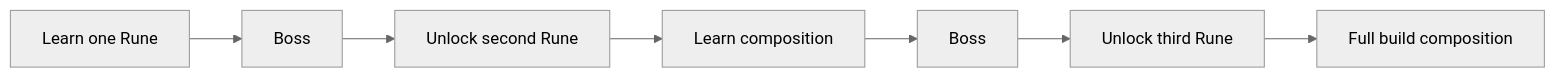
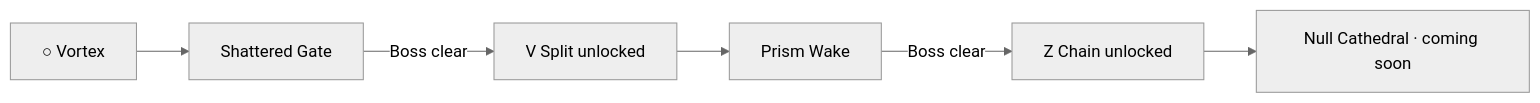
One commit to zeroLR/2D-game-playground changed the third of 4 diagrams in docs/plans/rune-ball/P9-AUTHORED-STAGE-ENCOUNTER.md. Above: the diagram before and after it, drawn with Mermaid (neutral theme). The commit also changed other lines of this file, not shown here.

Commit message:
docs(rune-ball): advance P9 roadmap to P9.4

````diff
--- a/docs/plans/rune-ball/P9-AUTHORED-STAGE-ENCOUNTER.md
+++ b/docs/plans/rune-ball/P9-AUTHORED-STAGE-ENCOUNTER.md
@@ -111,9 +96,8 @@
 ```mermaid
 flowchart LR
-    R1[Learn one Rune] --> B1[Boss]
-    B1 --> R2[Unlock second Rune]
-    R2 --> C2[Learn composition]
-    C2 --> B2[Boss]
-    B2 --> R3[Unlock third Rune]
-    R3 --> C3[Full build composition]
+    V[○ Vortex] --> S1[Shattered Gate]
+    S1 -->|Boss clear| Split[V Split unlocked]
+    Split --> S2[Prism Wake]
+    S2 -->|Boss clear| Chain[Z Chain unlocked]
+    Chain --> S3[Null Cathedral · coming soon]
 ```
````
